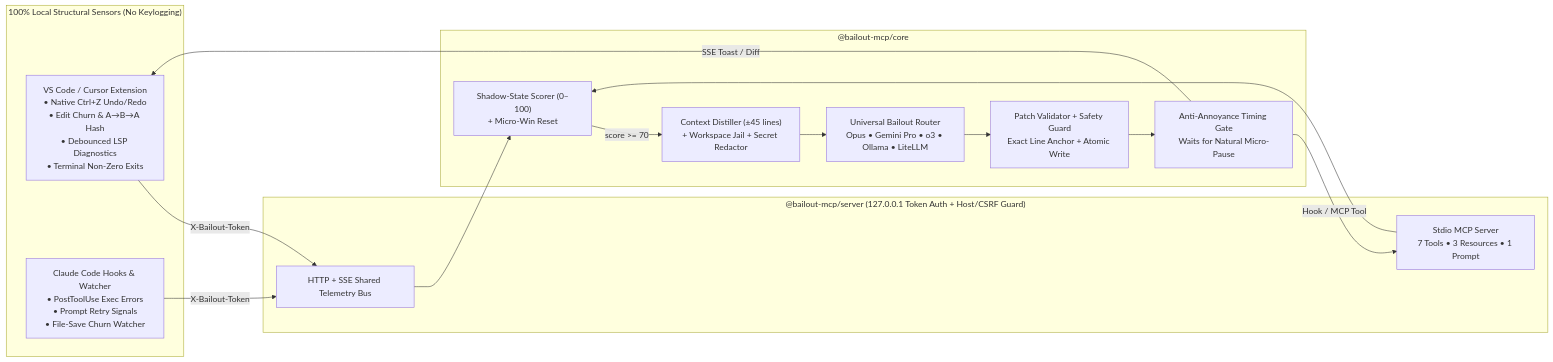
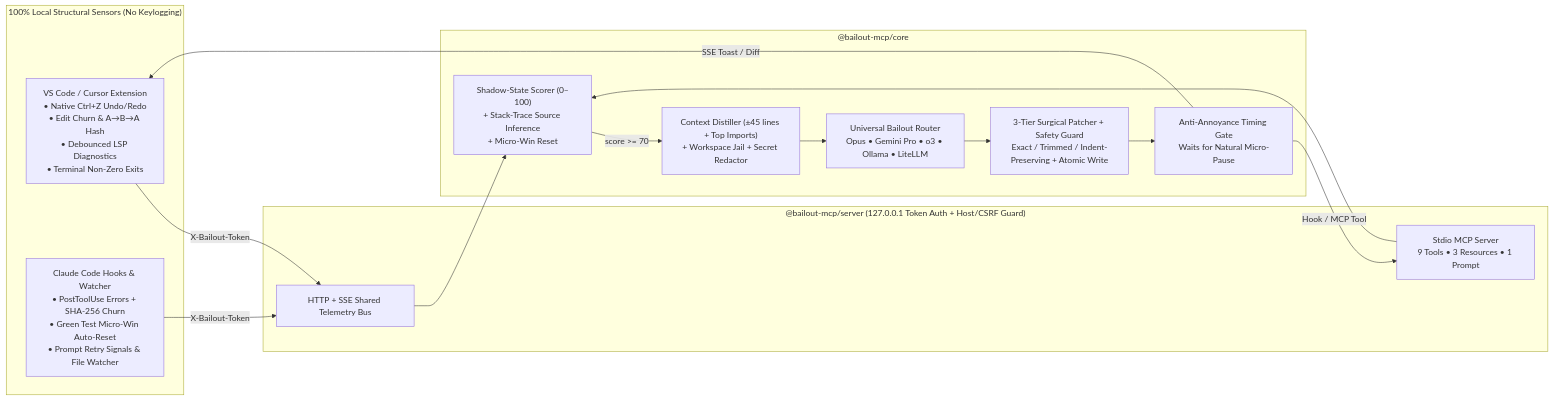
One commit to Sunil56224972/BailoutMCP changed the diagram in README.md. Above: the diagram before and after it, drawn with Mermaid. The commit also changed other lines of this file and 29 other files, not shown here.

Commit message:
feat: harden security, upgrade patcher/router/hooks, add preview_dossier & selftest, and update README

````diff
--- a/README.md
+++ b/README.md
@@ -61,31 +63,31 @@
 ```mermaid
 flowchart LR
     subgraph Sensors["100% Local Structural Sensors (No Keylogging)"]
         IDE["VS Code / Cursor Extension\n• Native Ctrl+Z Undo/Redo\n• Edit Churn & A→B→A Hash\n• Debounced LSP Diagnostics\n• Terminal Non-Zero Exits"]
-        HOOKS["Claude Code Hooks & Watcher\n• PostToolUse Exec Errors\n• Prompt Retry Signals\n• File-Save Churn Watcher"]
+        HOOKS["Claude Code Hooks & Watcher\n• PostToolUse Errors + SHA-256 Churn\n• Green Test Micro-Win Auto-Reset\n• Prompt Retry Signals & File Watcher"]
     end
 
     subgraph Bridge["@bailout-mcp/server (127.0.0.1 Token Auth + Host/CSRF Guard)"]
         SSE["HTTP + SSE Shared Telemetry Bus"]
-        MCP["Stdio MCP Server\n7 Tools • 3 Resources • 1 Prompt"]
+        MCP["Stdio MCP Server\n9 Tools • 3 Resources • 1 Prompt"]
     end
 
     subgraph Core["@bailout-mcp/core"]
-        SS["Shadow-State Scorer (0–100)\n+ Micro-Win Reset"]
-        DIST["Context Distiller (±45 lines)\n+ Workspace Jail + Secret Redactor"]
+        SS["Shadow-State Scorer (0–100)\n+ Stack-Trace Source Inference\n+ Micro-Win Reset"]
+        DIST["Context Distiller (±45 lines + Top Imports)\n+ Workspace Jail + Secret Redactor"]
         ROUTER["Universal Bailout Router\nOpus • Gemini Pro • o3 • Ollama • LiteLLM"]
-        PATCH["Patch Validator + Safety Guard\nExact Line Anchor + Atomic Write"]
+        PATCH["3-Tier Surgical Patcher + Safety Guard\nExact / Trimmed / Indent-Preserving + Atomic Write"]
         GATE["Anti-Annoyance Timing Gate\nWaits for Natural Micro-Pause"]
     end
 
     IDE -->|X-Bailout-Token| SSE
     HOOKS -->|X-Bailout-Token| SSE
     SSE --> SS
     MCP --> SS
     SS -->|score >= 70| DIST
     DIST --> ROUTER
     ROUTER --> PATCH
     PATCH --> GATE
     GATE -->|SSE Toast / Diff| IDE
     GATE -->|Hook / MCP Tool| MCP
 ```
````
